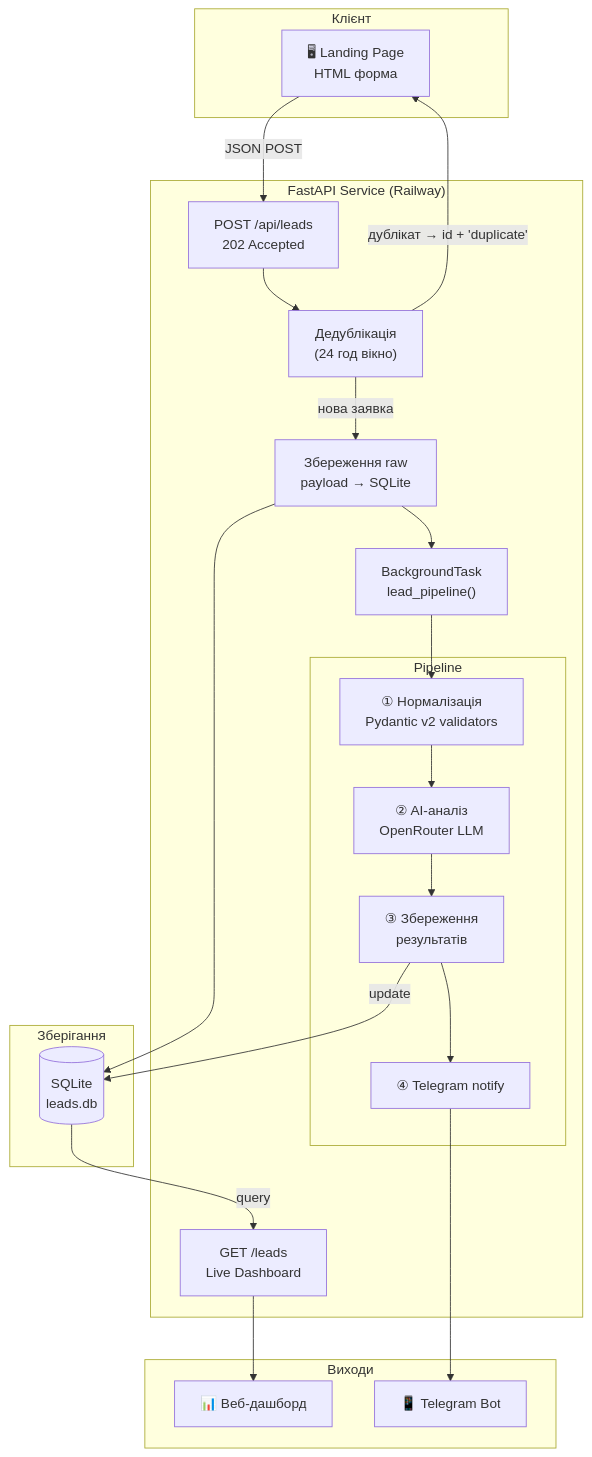
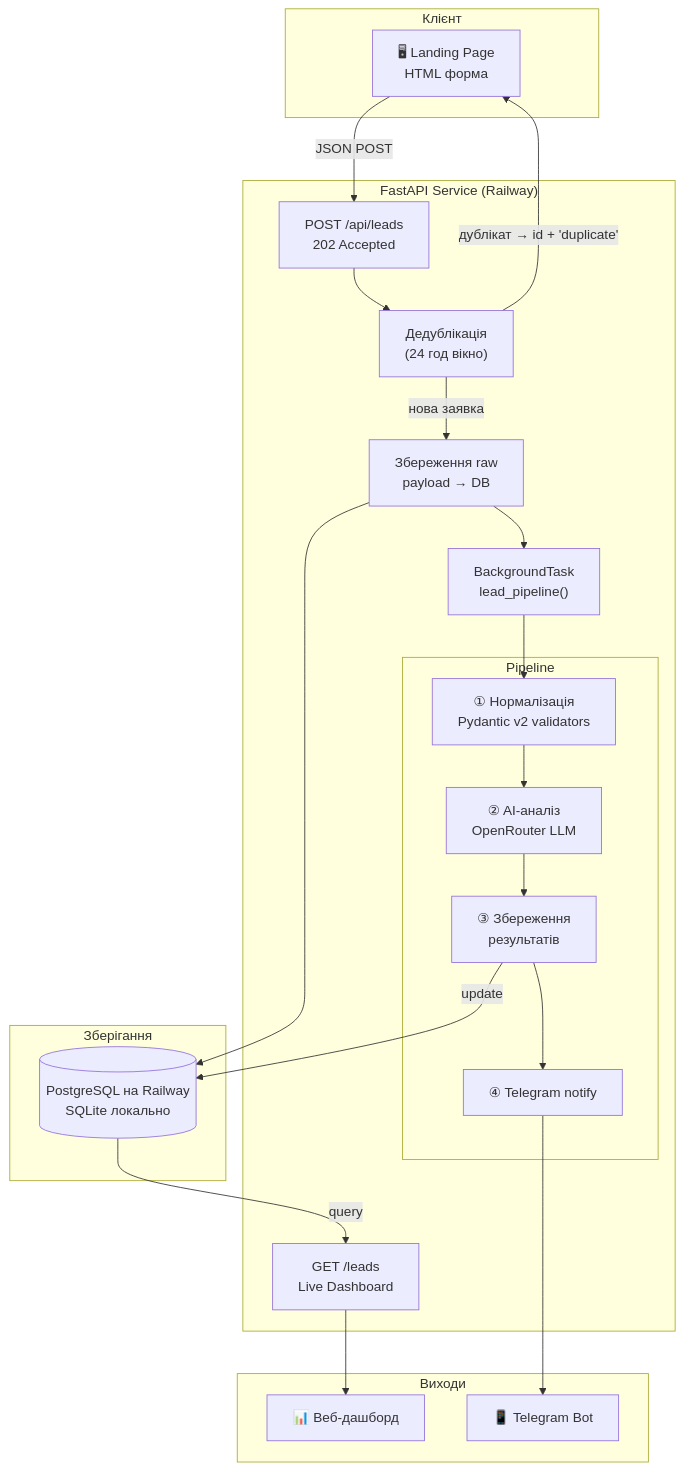
The first of 3 diagrams in README.md (yoydich/lead-processing-api), drawn with Mermaid before and after one commit. The commit also changed other lines of this file, not shown here.

Commit message:
Document PostgreSQL production storage

````diff
--- a/README.md
+++ b/README.md
@@ -52,43 +52,43 @@
 ```mermaid
 graph TB
     subgraph Клієнт
         F["🖥 Landing Page<br/>HTML форма"]
     end
 
     subgraph "FastAPI Service (Railway)"
         A["POST /api/leads<br/>202 Accepted"]
         DED["Дедублікація<br/>(24 год вікно)"]
-        RAW["Збереження raw<br/>payload → SQLite"]
+        RAW["Збереження raw<br/>payload → DB"]
         BG["BackgroundTask<br/>lead_pipeline()"]
 
         subgraph Pipeline
             N["① Нормалізація<br/>Pydantic v2 validators"]
             AI["② AI-аналіз<br/>OpenRouter LLM"]
             DB2["③ Збереження<br/>результатів"]
             TG2["④ Telegram notify"]
         end
 
         DASH["GET /leads<br/>Live Dashboard"]
     end
 
     subgraph "Зберігання"
-        DB[("SQLite<br/>leads.db")]
+        DB[("PostgreSQL на Railway<br/>SQLite локально")]
     end
 
     subgraph "Виходи"
         D["📊 Веб-дашборд"]
         T["📱 Telegram Bot"]
     end
 
     F -->|"JSON POST"| A
     A --> DED
     DED -->|нова заявка| RAW
     DED -->|"дублікат → id + 'duplicate'"| F
     RAW --> DB
     RAW --> BG
     BG --> N --> AI --> DB2 --> TG2
     DB2 -->|update| DB
     DB -->|query| DASH
     DASH --> D
     TG2 --> T
 ```
````
